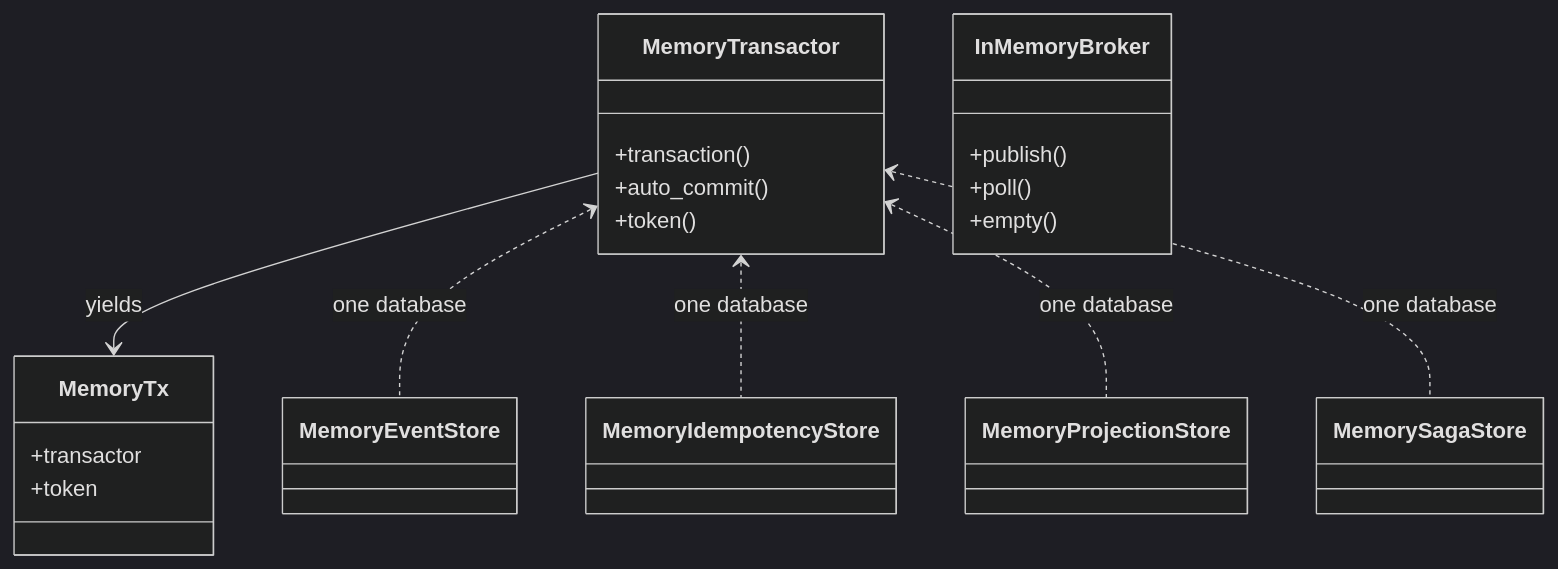
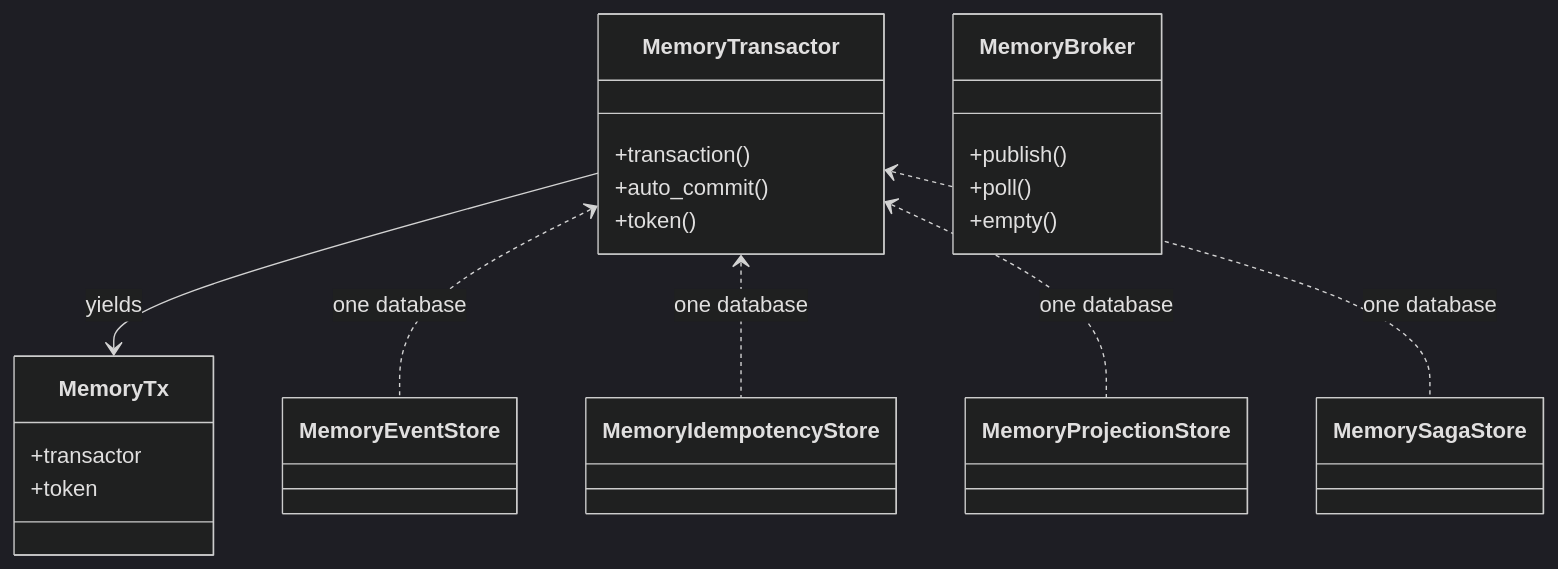
One commit to haskian/edax changed the first of 3 diagrams in docs/backends/memory.md. Above: the diagram before and after it, drawn with Mermaid (dark theme). The commit also changed other lines of this file and 40 other files, not shown here.

First line of the commit message:
refactor: rename edax-adapters to edax-memory, InMemoryBroker to MemoryBroker, AdapterError to edax-core

````diff
--- a/docs/backends/memory.md
+++ b/docs/backends/memory.md
@@ -10,22 +10,22 @@
 ```mermaid
 classDiagram
     class MemoryTransactor {
         +transaction()
         +auto_commit()
         +token()
     }
     class MemoryTx {
         +transactor
         +token
     }
-    class InMemoryBroker {
+    class MemoryBroker {
         +publish()
         +poll()
         +empty()
     }
     MemoryTransactor --> MemoryTx : yields
     MemoryTransactor <.. MemoryEventStore : one database
     MemoryTransactor <.. MemoryIdempotencyStore : one database
     MemoryTransactor <.. MemoryProjectionStore : one database
     MemoryTransactor <.. MemorySagaStore : one database
 ```
````
